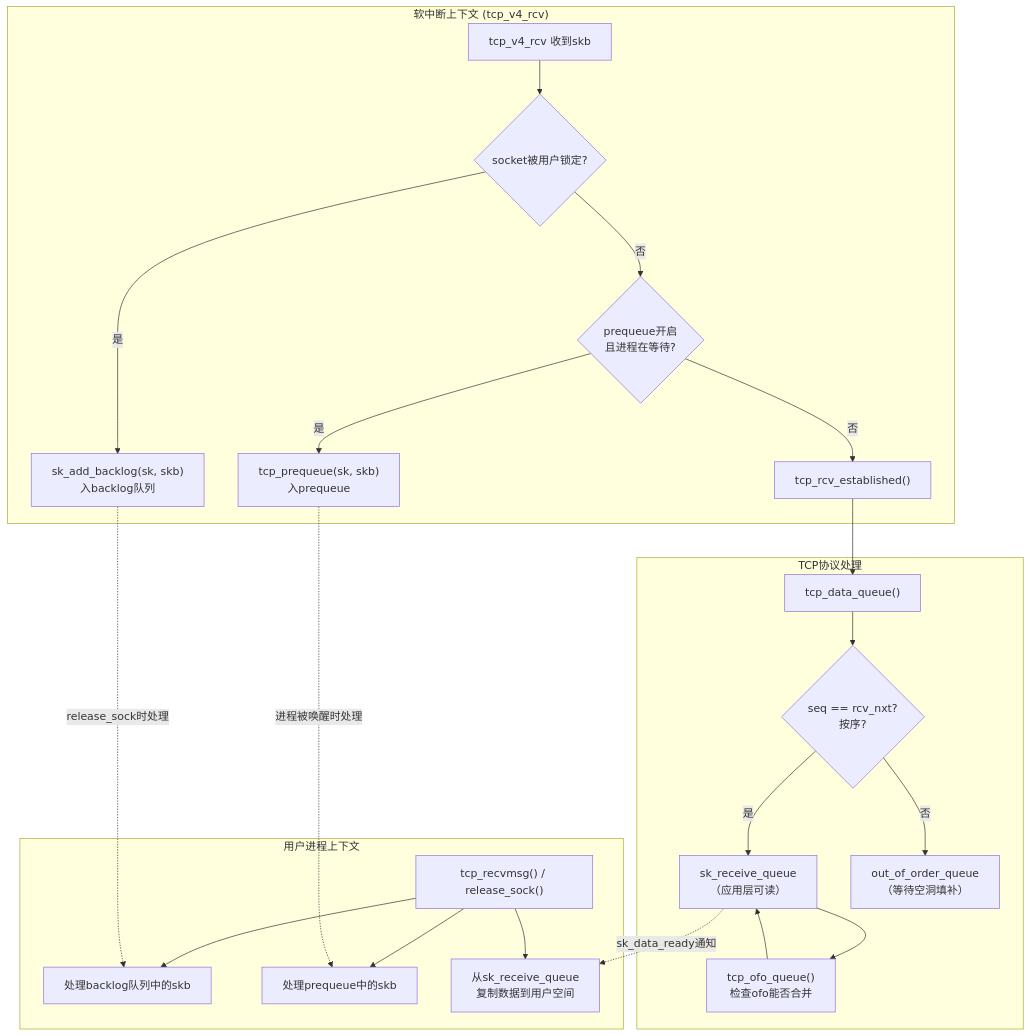
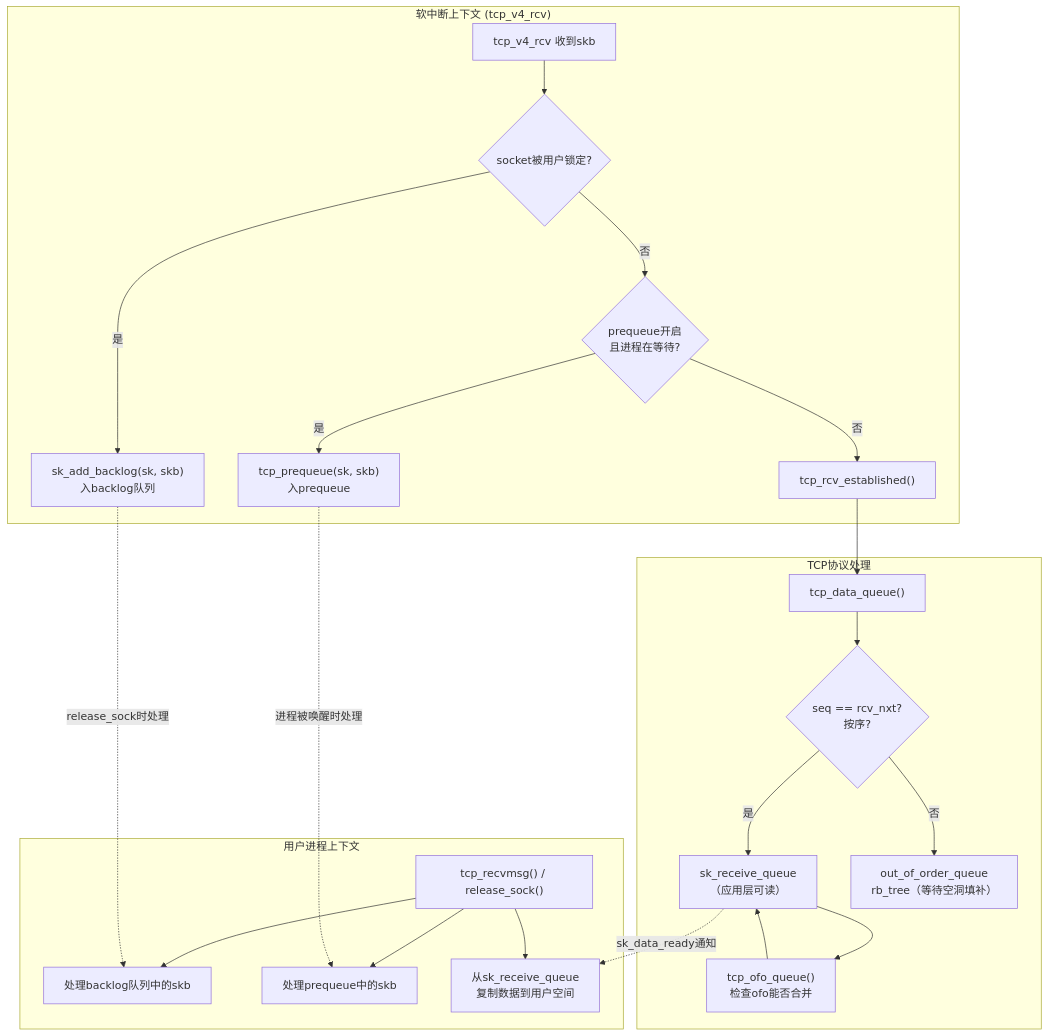
One commit to pandaychen/pandaychen.github.io changed diagram 11 of 15 in _posts/2025-12-25-A-LINUX-KERNEL-TRAVEL-25.md. Above: the diagram before and after it, drawn with Mermaid. The commit also changed other lines of this file, not shown here.

````diff
--- a/_posts/2025-12-25-A-LINUX-KERNEL-TRAVEL-25.md
+++ b/_posts/2025-12-25-A-LINUX-KERNEL-TRAVEL-25.md
@@ -1092,32 +1999,32 @@
 ```mermaid
 flowchart TD
     subgraph softirq_ctx ["软中断上下文 (tcp_v4_rcv)"]
         A["tcp_v4_rcv 收到skb"]
         B{"socket被用户锁定?"}
         A --> B
         B -->|"是"| C["sk_add_backlog(sk, skb)<br/>入backlog队列"]
         B -->|"否"| D{"prequeue开启<br/>且进程在等待?"}
         D -->|"是"| E["tcp_prequeue(sk, skb)<br/>入prequeue"]
         D -->|"否"| F["tcp_rcv_established()"]
     end
 
     subgraph tcp_process ["TCP协议处理"]
         F --> G["tcp_data_queue()"]
         G --> H{"seq == rcv_nxt?<br/>按序?"}
         H -->|"是"| I["sk_receive_queue<br/>（应用层可读）"]
-        H -->|"否"| J["out_of_order_queue<br/>（等待空洞填补）"]
+        H -->|"否"| J["out_of_order_queue<br/>rb_tree（等待空洞填补）"]
         I --> K["tcp_ofo_queue()<br/>检查ofo能否合并"]
         K --> I
     end
 
     subgraph user_ctx ["用户进程上下文"]
         L["tcp_recvmsg() / release_sock()"]
         L --> M["处理backlog队列中的skb"]
         L --> N["处理prequeue中的skb"]
         L --> O["从sk_receive_queue<br/>复制数据到用户空间"]
     end
 
     C -.->|"release_sock时处理"| M
     E -.->|"进程被唤醒时处理"| N
     I -.->|"sk_data_ready通知"| O
 ```
````
